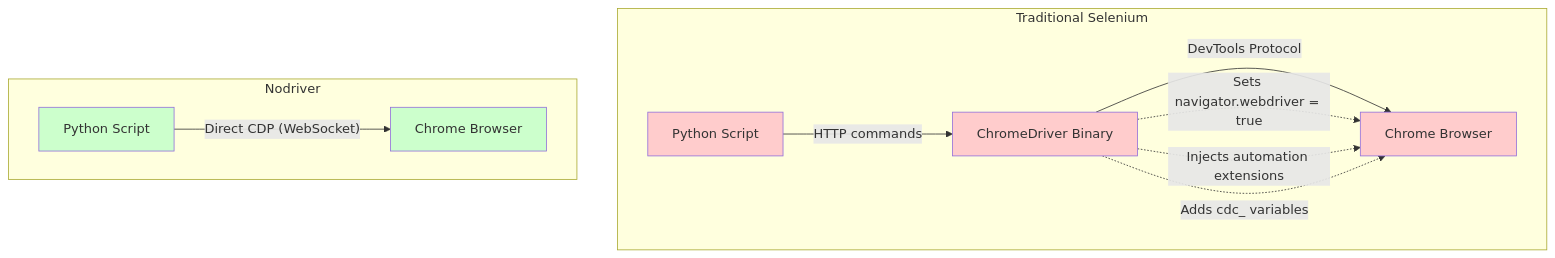
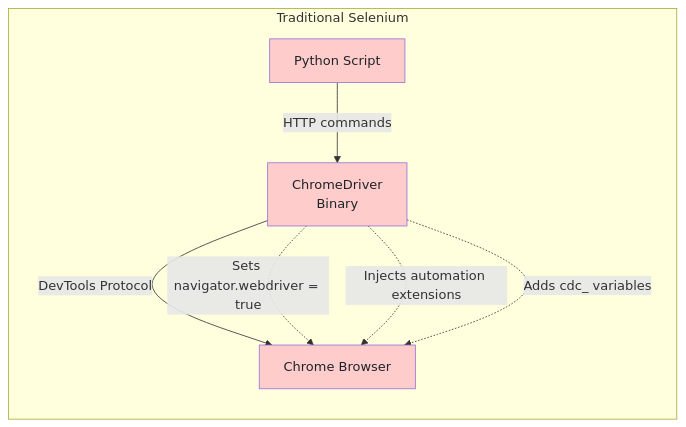
Before and after one commit to bytetunnels/bytetunnels.github.com: the first of 2 diagrams in _posts/2026-03-04-nodriver-complete-guide-undetected-browser-automation-python.md, drawn with Mermaid. The commit also changed other lines of this file and 118 other files, not shown here.

Commit message:
feat: improve diagram styling and compact wide flowcharts

````diff
--- a/_posts/2026-03-04-nodriver-complete-guide-undetected-browser-automation-python.md
+++ b/_posts/2026-03-04-nodriver-complete-guide-undetected-browser-automation-python.md
@@ -25,20 +25,15 @@
 ```mermaid
 graph TD
     subgraph "Traditional Selenium"
-        A["Python Script"] -->|"HTTP commands"| B["ChromeDriver Binary"]
+        direction TB
+        A["Python Script"] -->|"HTTP commands"| B["ChromeDriver<br/>Binary"]
         B -->|"DevTools Protocol"| C["Chrome Browser"]
         B -.->|"Sets navigator.webdriver = true"| C
         B -.->|"Injects automation extensions"| C
         B -.->|"Adds cdc_ variables"| C
     end
 
-    subgraph "Nodriver"
-        D["Python Script"] -->|"Direct CDP (WebSocket)"| E["Chrome Browser"]
-    end
-
-    style A fill:#ffcccc
-    style B fill:#ffcccc
-    style C fill:#ffcccc
-    style D fill:#ccffcc
-    style E fill:#ccffcc
+    style A fill:#ffcccc,color:#1f2328
+    style B fill:#ffcccc,color:#1f2328
+    style C fill:#ffcccc,color:#1f2328
 ```
````
